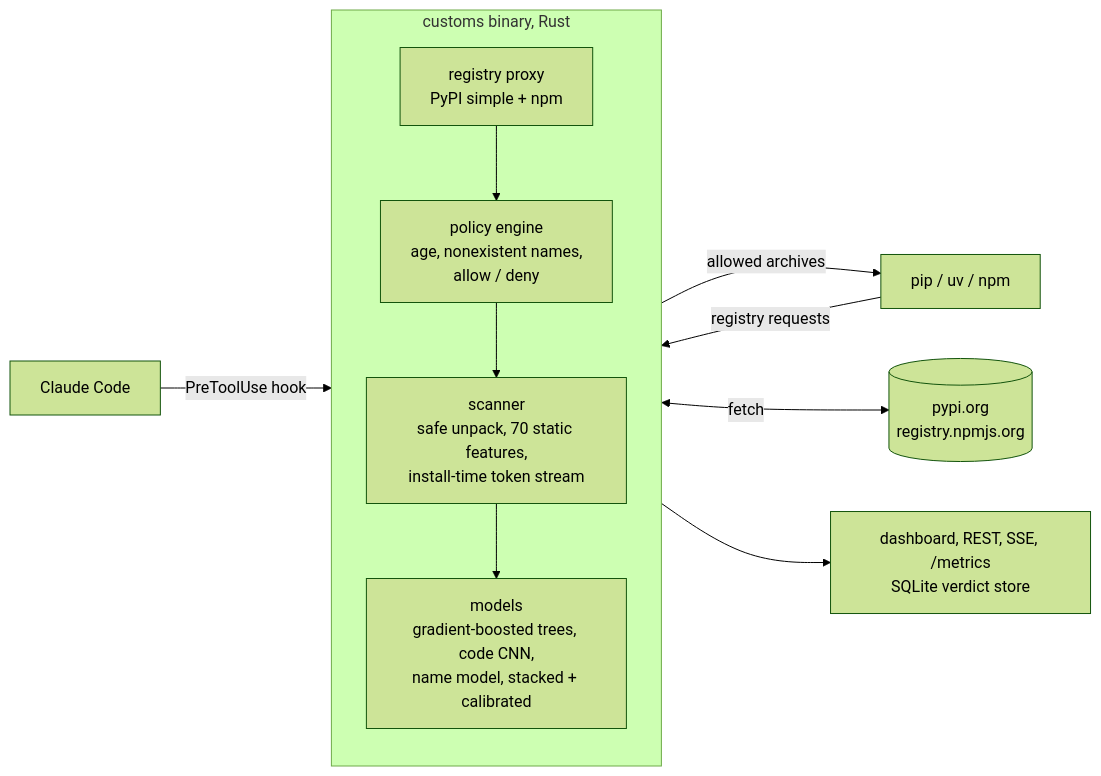
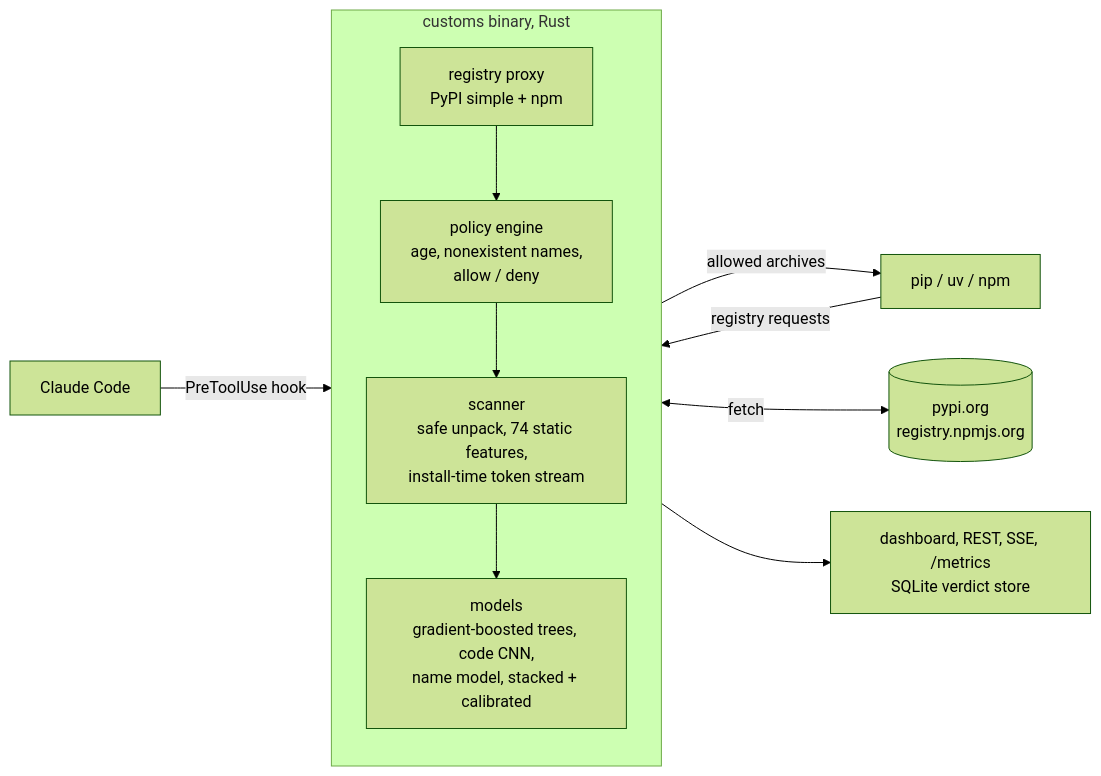
One commit to yib7/customs changed the diagram in README.md. Above: the diagram before and after it, drawn with Mermaid (forest theme). The commit also changed other lines of this file and 16 other files, not shown here.

````diff
--- a/README.md
+++ b/README.md
@@ -44,14 +44,14 @@
 ```mermaid
 flowchart LR
     A[pip / uv / npm] -->|registry requests| P
     C[Claude Code] -->|PreToolUse hook| P
     subgraph P[customs binary, Rust]
       direction TB
       R[registry proxy<br/>PyPI simple + npm] --> POL[policy engine<br/>age, nonexistent names,<br/>allow / deny]
-      POL --> S[scanner<br/>safe unpack, 70 static features,<br/>install-time token stream]
+      POL --> S[scanner<br/>safe unpack, 74 static features,<br/>install-time token stream]
       S --> M[models<br/>gradient-boosted trees, code CNN,<br/>name model, stacked + calibrated]
     end
     P -->|allowed archives| A
     P <-->|fetch| U[(pypi.org<br/>registry.npmjs.org)]
     P --> D[dashboard, REST, SSE, /metrics<br/>SQLite verdict store]
 ```
````
